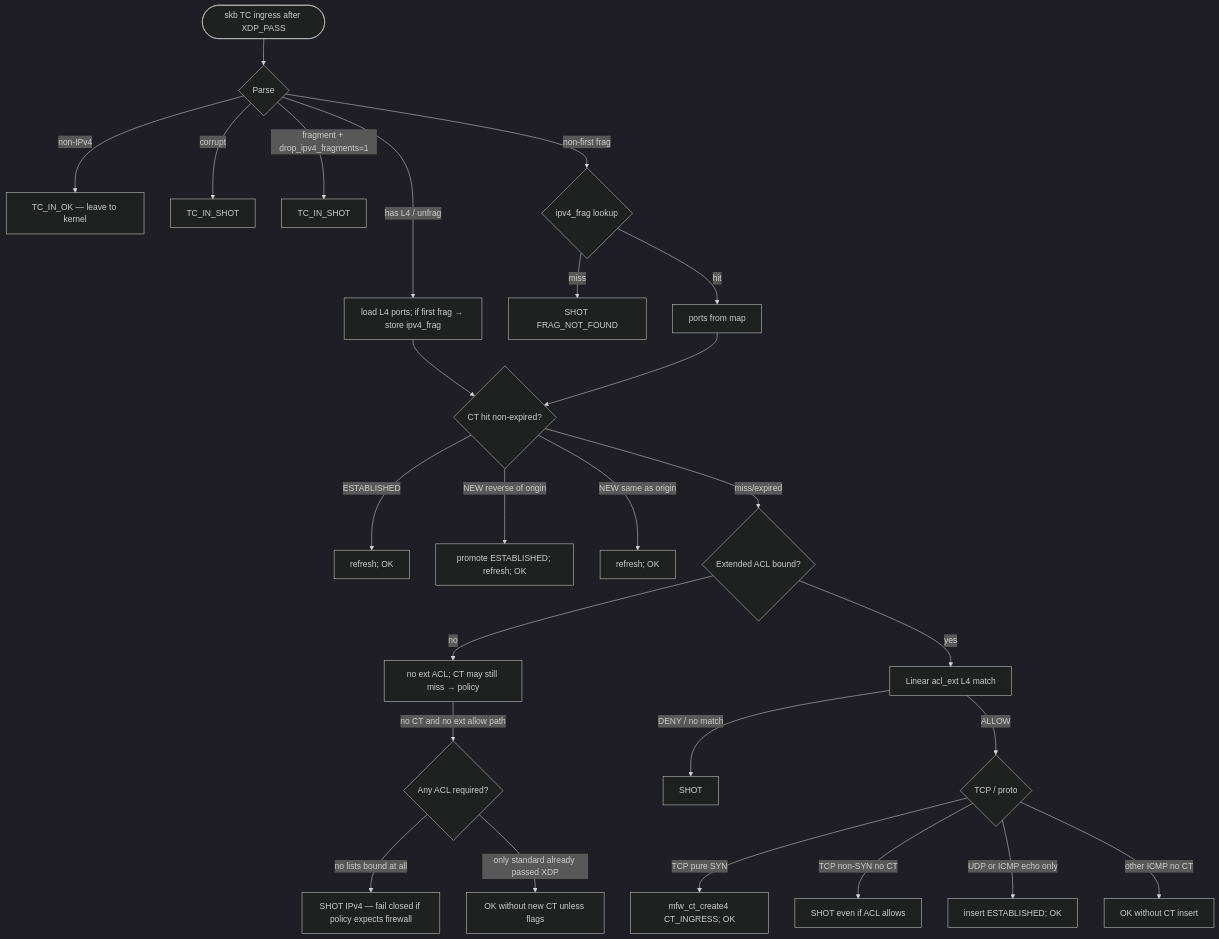
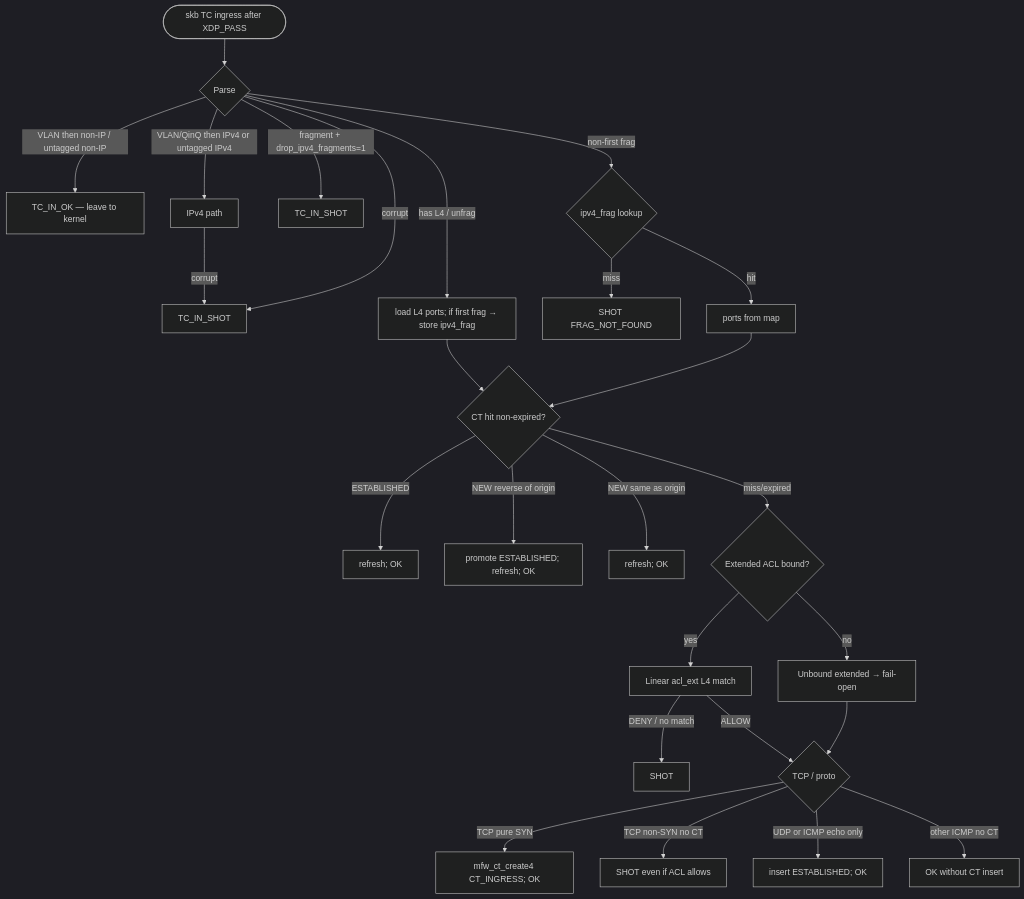
One commit to lynch1981/mini-fw changed the fourth of 6 diagrams in docs/design.md. Above: the diagram before and after it, drawn with Mermaid (dark theme). The commit also changed other lines of this file, not shown here.

````diff
--- a/docs/design.md
+++ b/docs/design.md
@@ -313,29 +320,29 @@
 ```mermaid
 flowchart TD
   START([skb TC ingress after XDP_PASS]) --> PARSE{Parse}
-  PARSE -->|non-IPv4| OK_NON[TC_IN_OK — leave to kernel]
-  PARSE -->|corrupt| SHOT_P[TC_IN_SHOT]
+  PARSE -->|VLAN then non-IP / untagged non-IP| OK_NON[TC_IN_OK — leave to kernel]
+  PARSE -->|VLAN/QinQ then IPv4 or untagged IPv4| IP[IPv4 path]
+  IP -->|corrupt| SHOT_P[TC_IN_SHOT]
+  PARSE -->|corrupt| SHOT_P
   PARSE -->|fragment + drop_ipv4_fragments=1| SHOT_F[TC_IN_SHOT]
   PARSE -->|has L4 / unfrag| L4[load L4 ports; if first frag → store ipv4_frag]
   PARSE -->|non-first frag| FRAGMAP{ipv4_frag lookup}
   FRAGMAP -->|miss| SHOT_NF[SHOT FRAG_NOT_FOUND]
   FRAGMAP -->|hit| L4P[ports from map]
   L4 --> CT
   L4P --> CT
   CT{CT hit non-expired?}
   CT -->|ESTABLISHED| REF[refresh; OK]
   CT -->|NEW reverse of origin| PROMO[promote ESTABLISHED; refresh; OK]
   CT -->|NEW same as origin| REF2[refresh; OK]
   CT -->|miss/expired| EXT{Extended ACL bound?}
-  EXT -->|no| PASS_E[no ext ACL; CT may still miss → policy]
+  EXT -->|no| OPEN[Unbound extended → fail-open]
   EXT -->|yes| ACL[Linear acl_ext L4 match]
   ACL -->|DENY / no match| SHOT_A[SHOT]
   ACL -->|ALLOW| FLAGS{TCP / proto}
+  OPEN --> FLAGS
   FLAGS -->|TCP pure SYN| INS_N[mfw_ct_create4 CT_INGRESS; OK]
   FLAGS -->|TCP non-SYN no CT| SHOT_M[SHOT even if ACL allows]
   FLAGS -->|UDP or ICMP echo only| INS_E[insert ESTABLISHED; OK]
   FLAGS -->|other ICMP no CT| ACL_ONLY[OK without CT insert]
-  PASS_E -->|no CT and no ext allow path| OPEN{Any ACL required?}
-  OPEN -->|no lists bound at all| FAIL_CLOSED[SHOT IPv4 — fail closed if policy expects firewall]
-  OPEN -->|only standard already passed XDP| OK_OPEN[OK without new CT unless flags]
 ```
````
